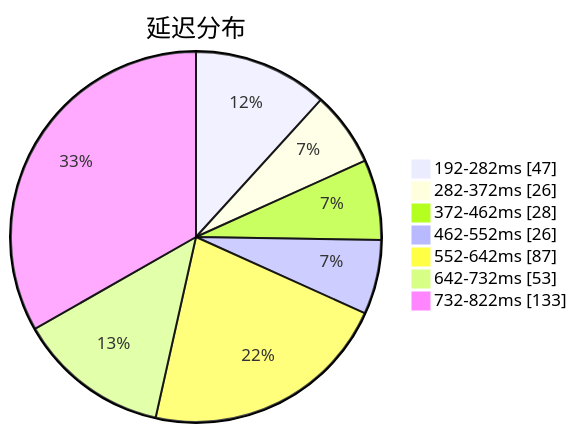
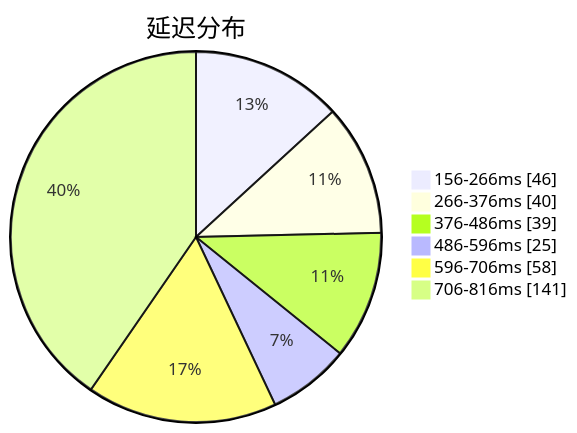
Before and after one commit to qjlxg/airport: the first of 3 diagrams in subs/statistics/tested_within.md, drawn with Mermaid. The commit also changed other lines of this file and 2 other files, not shown here.

Commit message:
Tested by metaST

````diff
--- a/subs/statistics/tested_within.md
+++ b/subs/statistics/tested_within.md
@@ -2,11 +2,10 @@
 ```mermaid
 pie showData
 title 延迟分布
-"192-282ms" : 47
-"282-372ms" : 26
-"372-462ms" : 28
-"462-552ms" : 26
-"552-642ms" : 87
-"642-732ms" : 53
-"732-822ms" : 133
+"156-266ms" : 46
+"266-376ms" : 40
+"376-486ms" : 39
+"486-596ms" : 25
+"596-706ms" : 58
+"706-816ms" : 141
 ```
````
